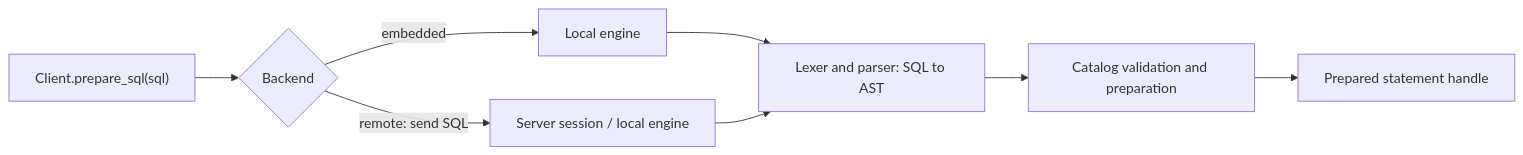
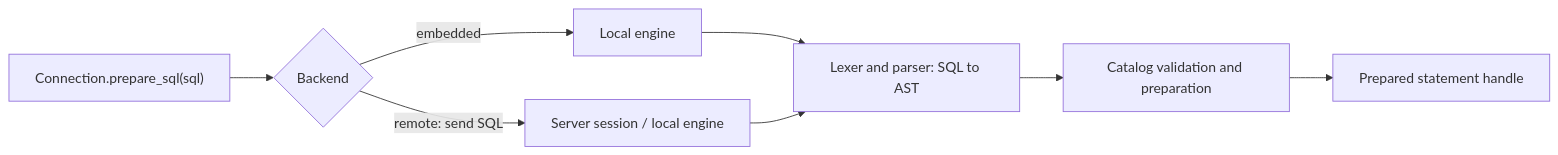
One commit to adityarao2005/database changed the third of 5 diagrams in docs/design/README.md. Above: the diagram before and after it, drawn with Mermaid. The commit also changed other lines of this file and 2 other files, not shown here.

Commit message:
refactor: update database client and connection handling in usage documentation; add remote SQL DB design placeholder

````diff
--- a/docs/design/README.md
+++ b/docs/design/README.md
@@ -125,10 +144,10 @@
 ```mermaid
 flowchart LR
-    Client["Client.prepare_sql(sql)"] --> Backend{"Backend"}
+    Connection["Connection.prepare_sql(sql)"] --> Backend{"Backend"}
     Backend --> |embedded| Local["Local engine"]
     Backend --> |remote: send SQL| Server["Server session / local engine"]
     Local --> Parse["Lexer and parser: SQL to AST"]
     Server --> Parse
     Parse --> Prepare["Catalog validation and preparation"]
     Prepare --> Statement["Prepared statement handle"]
 ```
````
